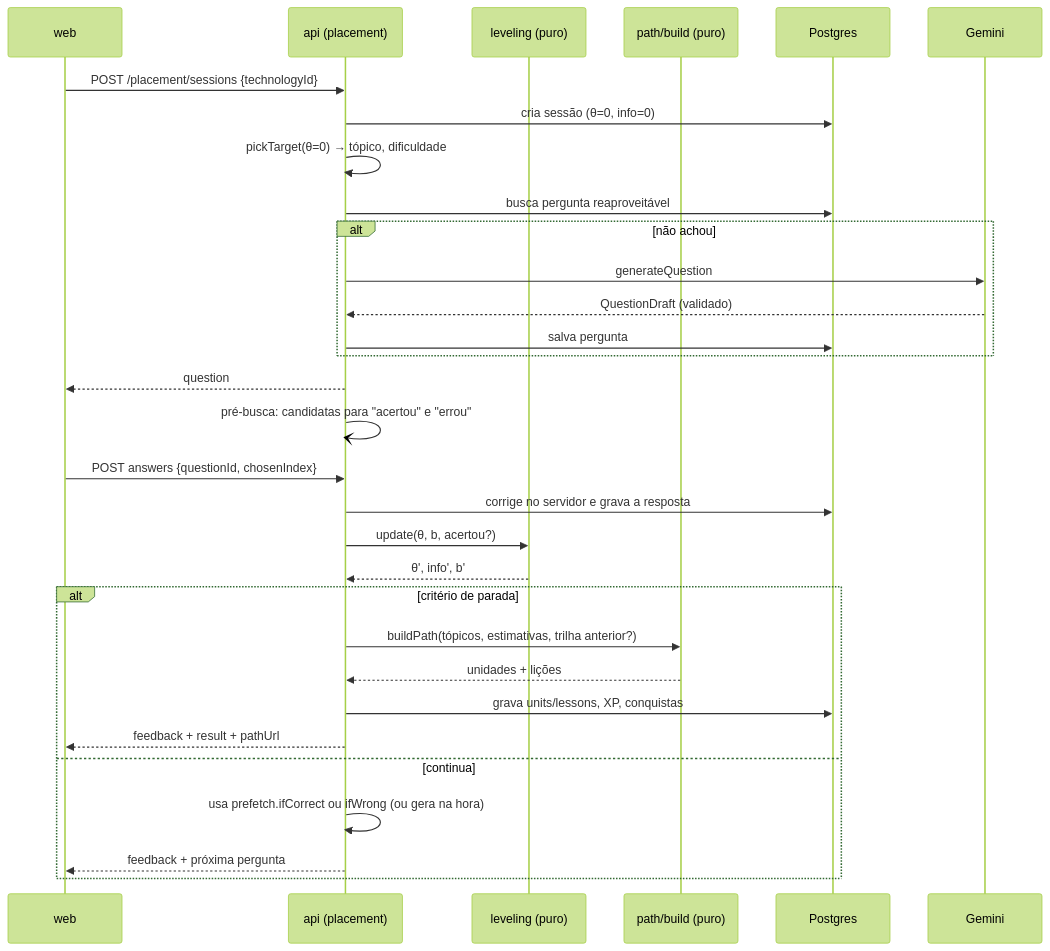
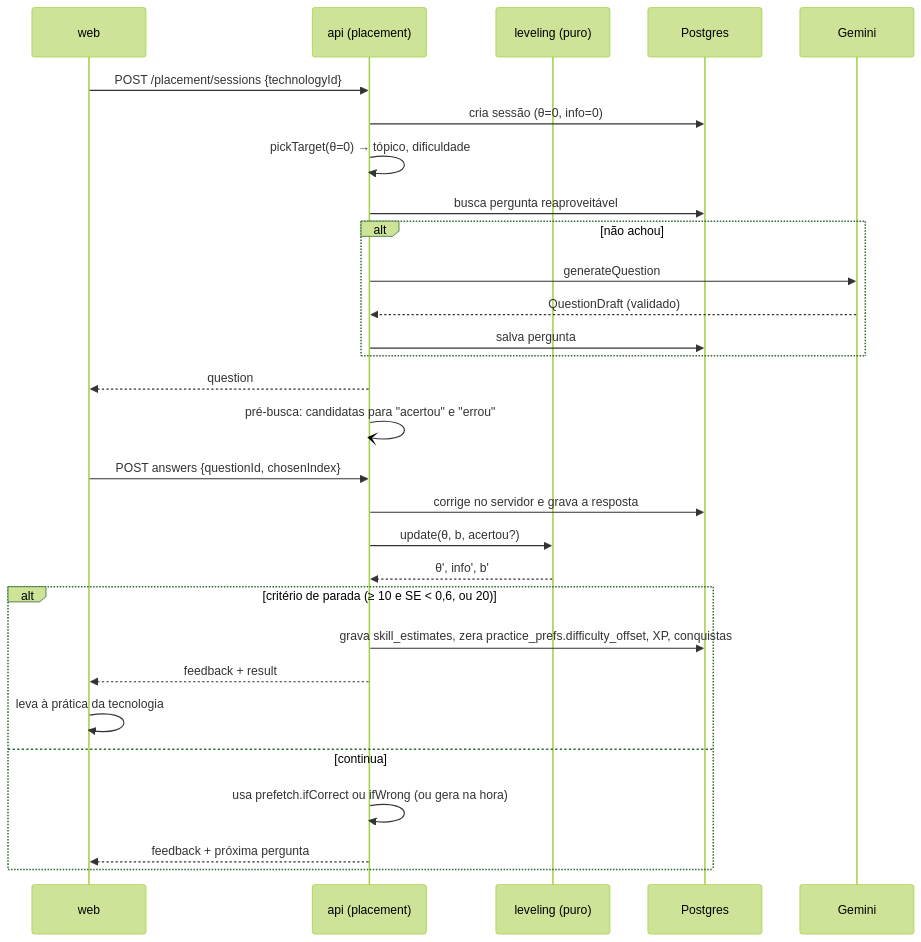
Before and after one commit to enyllson-costa/skillquest: the second of 3 diagrams in docs/ARCHITECTURE.md, drawn with Mermaid (forest theme). The commit also changed other lines of this file and 10 other files, not shown here.

First line of the commit message:
docs: remover trilha e lições; prática de 5 com popup de dificuldade

````diff
--- a/docs/ARCHITECTURE.md
+++ b/docs/ARCHITECTURE.md
@@ -355,34 +352,32 @@
 ```mermaid
 sequenceDiagram
   participant W as web
   participant A as api (placement)
   participant L as leveling (puro)
-  participant P as path/build (puro)
   participant D as Postgres
   participant G as Gemini
 
   W->>A: POST /placement/sessions {technologyId}
   A->>D: cria sessão (θ=0, info=0)
   A->>A: pickTarget(θ=0) → tópico, dificuldade
   A->>D: busca pergunta reaproveitável
   alt não achou
     A->>G: generateQuestion
     G-->>A: QuestionDraft (validado)
     A->>D: salva pergunta
   end
   A-->>W: question
   A-)A: pré-busca: candidatas para "acertou" e "errou"
   W->>A: POST answers {questionId, chosenIndex}
   A->>D: corrige no servidor e grava a resposta
   A->>L: update(θ, b, acertou?)
   L-->>A: θ', info', b'
-  alt critério de parada
-    A->>P: buildPath(tópicos, estimativas, trilha anterior?)
-    P-->>A: unidades + lições
-    A->>D: grava units/lessons, XP, conquistas
-    A-->>W: feedback + result + pathUrl
+  alt critério de parada (≥ 10 e SE < 0,6, ou 20)
+    A->>D: grava skill_estimates, zera practice_prefs.difficulty_offset, XP, conquistas
+    A-->>W: feedback + result
+    W->>W: leva à prática da tecnologia
   else continua
     A->>A: usa prefetch.ifCorrect ou ifWrong (ou gera na hora)
     A-->>W: feedback + próxima pergunta
   end
 ```
````
